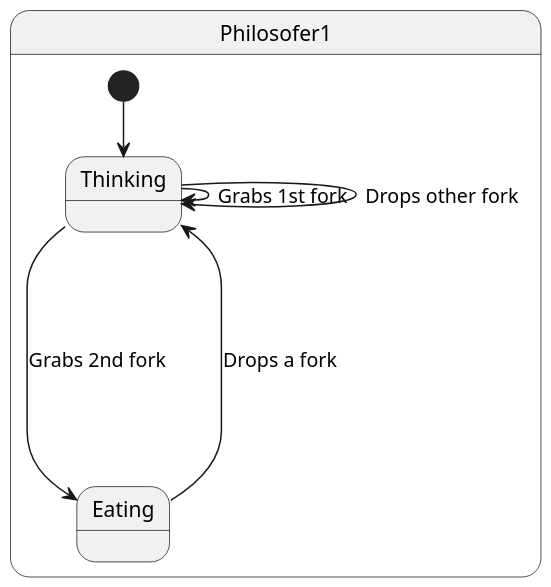
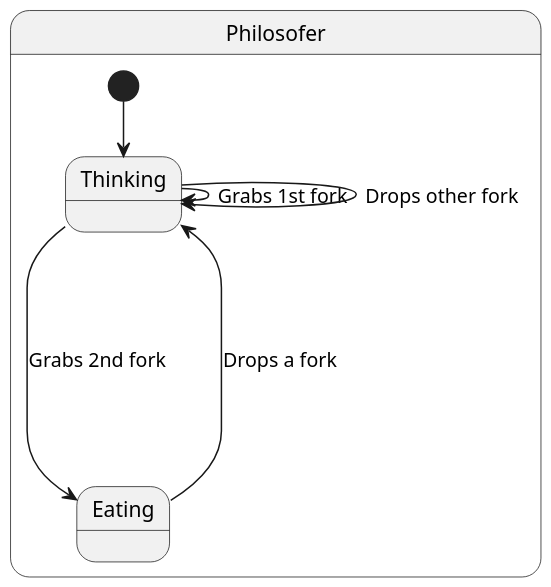
The diagram in philosofer.puml (AeroTechLab/dining_philosophers), drawn with PlantUML before and after one commit.

```diff
--- a/philosofer.puml
+++ b/philosofer.puml
@@ -1,12 +1,12 @@
 @startuml
 scale 550 width
 
-state Philosofer1 {
+state Philosofer {
   [*] --> Thinking
   Thinking --> Thinking : Grabs 1st fork
   Thinking ----> Eating : Grabs 2nd fork
   Eating -----> Thinking : Drops a fork
   Thinking --> Thinking : Drops other fork
 }
 
 @enduml
```
